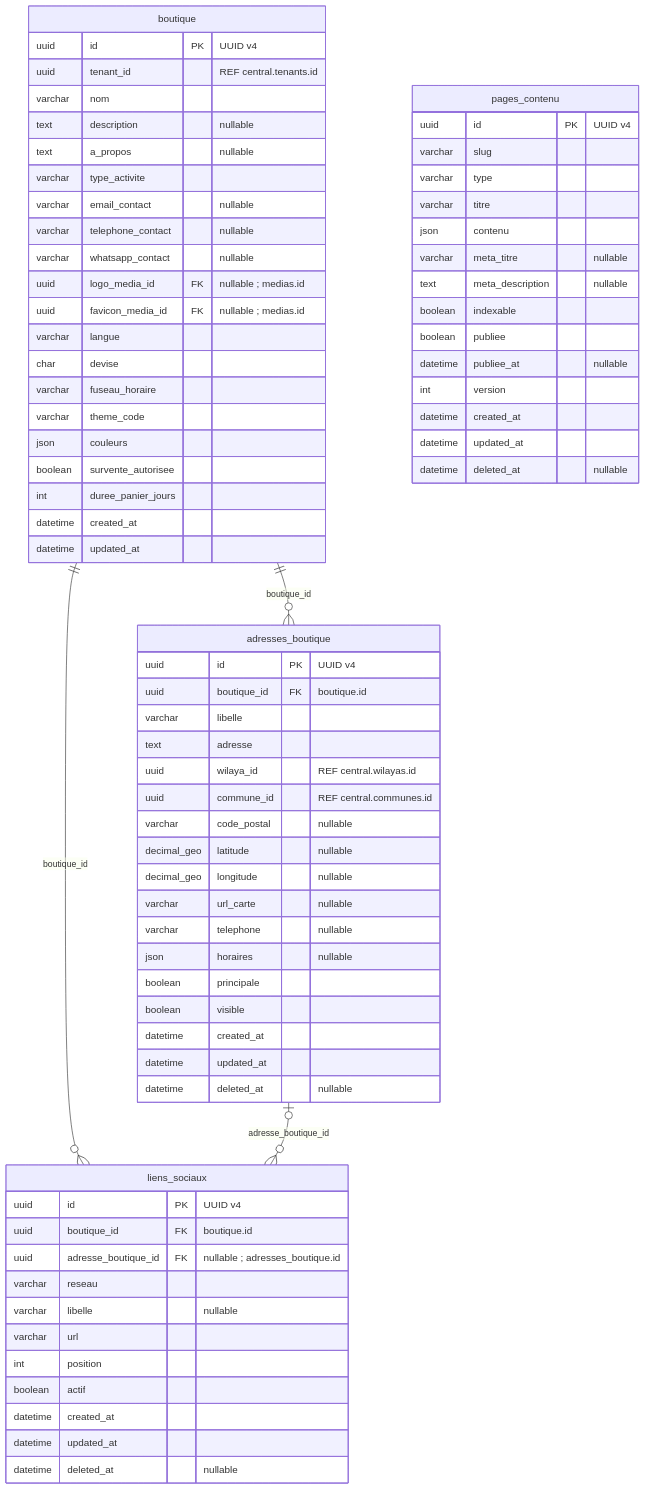
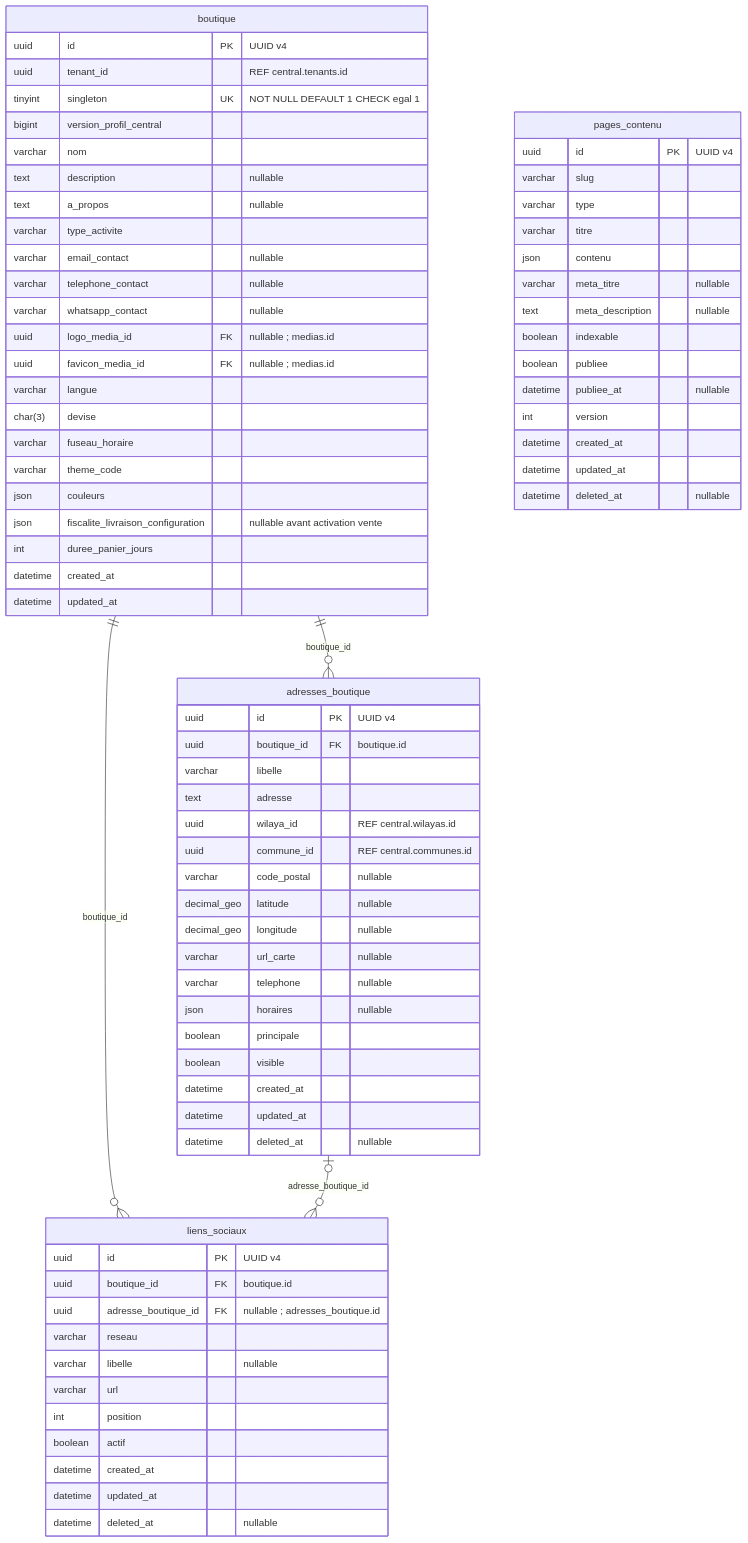
Before and after one commit to unitealfa/saas-ecom: diagram 15 of 36 in Schema-BDD-SaaS-Ecommerce-UUID.md, drawn with Mermaid. The commit also changed other lines of this file, not shown here.

````diff
--- a/Schema-BDD-SaaS-Ecommerce-UUID.md
+++ b/Schema-BDD-SaaS-Ecommerce-UUID.md
@@ -687,77 +1083,79 @@
 ```mermaid
 erDiagram
     direction TB
     boutique {
         uuid id PK "UUID v4"
         uuid tenant_id "REF central.tenants.id"
+        tinyint singleton UK "NOT NULL DEFAULT 1 CHECK egal 1"
+        bigint version_profil_central
         varchar nom
         text description "nullable"
         text a_propos "nullable"
         varchar type_activite
         varchar email_contact "nullable"
         varchar telephone_contact "nullable"
         varchar whatsapp_contact "nullable"
         uuid logo_media_id FK "nullable ; medias.id"
         uuid favicon_media_id FK "nullable ; medias.id"
         varchar langue
-        char devise
+        char(3) devise
         varchar fuseau_horaire
         varchar theme_code
         json couleurs
-        boolean survente_autorisee
+        json fiscalite_livraison_configuration "nullable avant activation vente"
         int duree_panier_jours
         datetime created_at
         datetime updated_at
     }
     adresses_boutique {
         uuid id PK "UUID v4"
         uuid boutique_id FK "boutique.id"
         varchar libelle
         text adresse
         uuid wilaya_id "REF central.wilayas.id"
         uuid commune_id "REF central.communes.id"
         varchar code_postal "nullable"
         decimal_geo latitude "nullable"
         decimal_geo longitude "nullable"
         varchar url_carte "nullable"
         varchar telephone "nullable"
         json horaires "nullable"
         boolean principale
         boolean visible
         datetime created_at
         datetime updated_at
         datetime deleted_at "nullable"
     }
     liens_sociaux {
         uuid id PK "UUID v4"
         uuid boutique_id FK "boutique.id"
         uuid adresse_boutique_id FK "nullable ; adresses_boutique.id"
         varchar reseau
         varchar libelle "nullable"
         varchar url
         int position
         boolean actif
         datetime created_at
         datetime updated_at
         datetime deleted_at "nullable"
     }
     pages_contenu {
         uuid id PK "UUID v4"
         varchar slug
         varchar type
         varchar titre
         json contenu
         varchar meta_titre "nullable"
         text meta_description "nullable"
         boolean indexable
         boolean publiee
         datetime publiee_at "nullable"
         int version
         datetime created_at
         datetime updated_at
         datetime deleted_at "nullable"
     }
     boutique ||--o{ adresses_boutique : boutique_id
     boutique ||--o{ liens_sociaux : boutique_id
     adresses_boutique |o--o{ liens_sociaux : adresse_boutique_id
 ```
````
